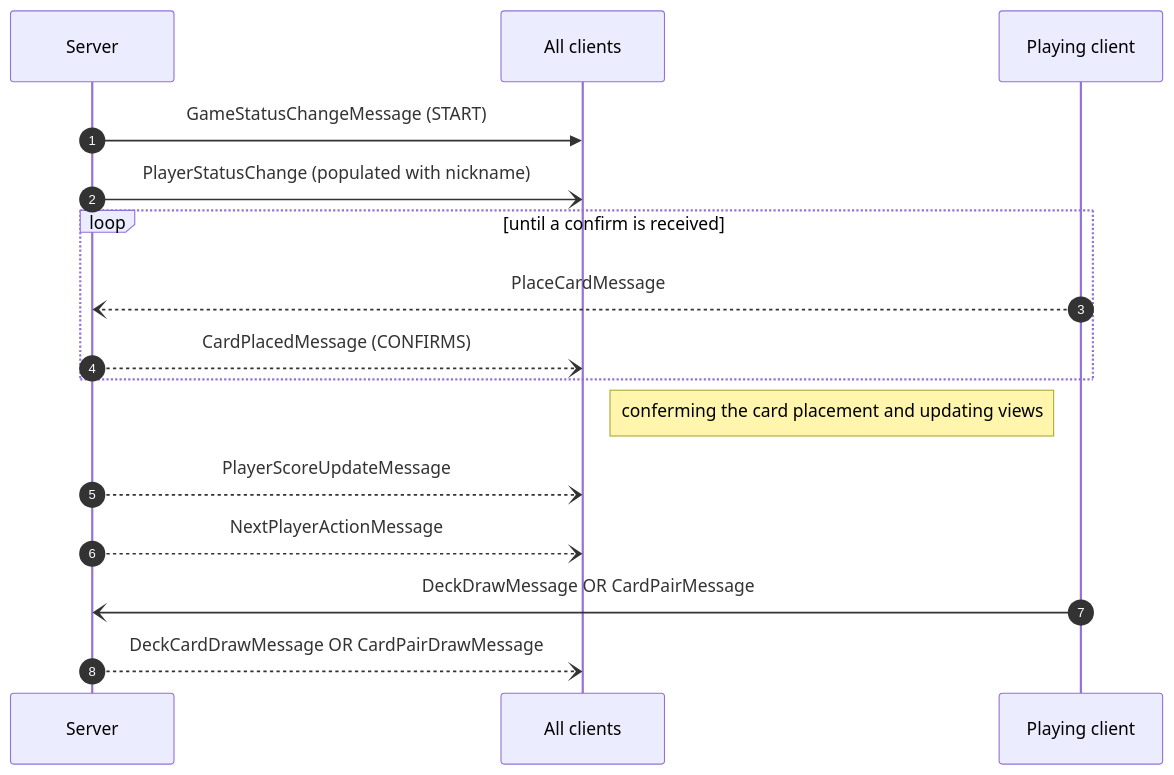
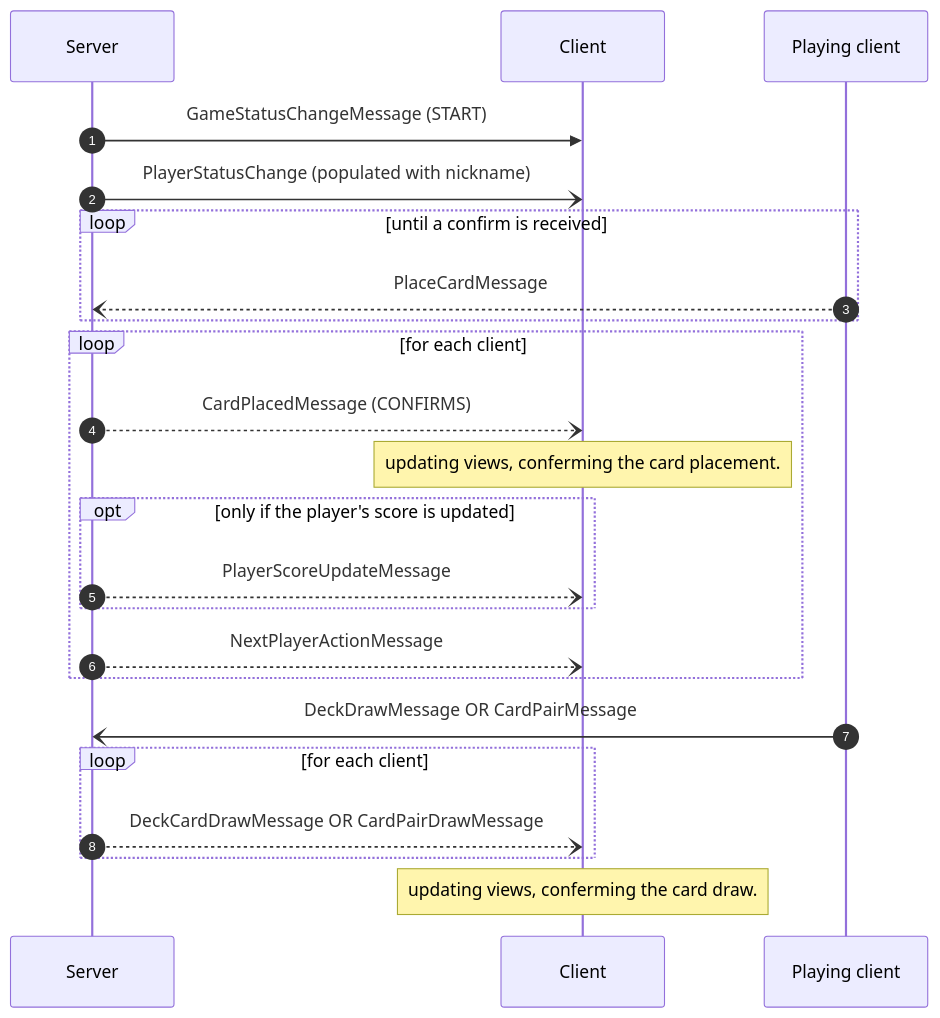
The second of 5 diagrams in documentation_wip/network_protocol.md (frephs/IS24-AM21), drawn with Mermaid before and after one commit. The commit also changed other lines of this file, not shown here.

Commit message:
docs-fix: client multiplicity and loops, add an optional

````diff
--- a/documentation_wip/network_protocol.md
+++ b/documentation_wip/network_protocol.md
@@ -61,23 +58,31 @@
 ```mermaid
 sequenceDiagram
     # Game Start
     autonumber
-    Server ->> All clients : GameStatusChangeMessage (START)
+    Server ->> Client : GameStatusChangeMessage (START)
     
-    Server -) All clients : PlayerStatusChange (populated with nickname)
+    Server -) Client : PlayerStatusChange (populated with nickname)
     
     loop until a confirm is received 
         Playing client --) Server : PlaceCardMessage
-        Server --) All clients : CardPlacedMessage (CONFIRMS)
     end
-
-    Note right of All clients : conferming the card placement and updating views 
-    Server --) All clients : PlayerScoreUpdateMessage
-    Server --) All clients : NextPlayerActionMessage
+    loop for each client
+        Server --) Client : CardPlacedMessage (CONFIRMS)
+    Note over Client: updating views,  conferming the card placement.
+    opt only if the player's score is updated
+    Server --) Client : PlayerScoreUpdateMessage
+    end
+    Server --) Client : NextPlayerActionMessage
+    end 
+    
 
     Playing client -) Server : DeckDrawMessage OR CardPairMessage
-    Server --) All clients : DeckCardDrawMessage OR CardPairDrawMessage
+    loop for each client
+    Server --) Client : DeckCardDrawMessage OR CardPairDrawMessage
+    end 
+    Note over Client: updating views,  conferming the card draw.
+
 
 
 
 ```
````
